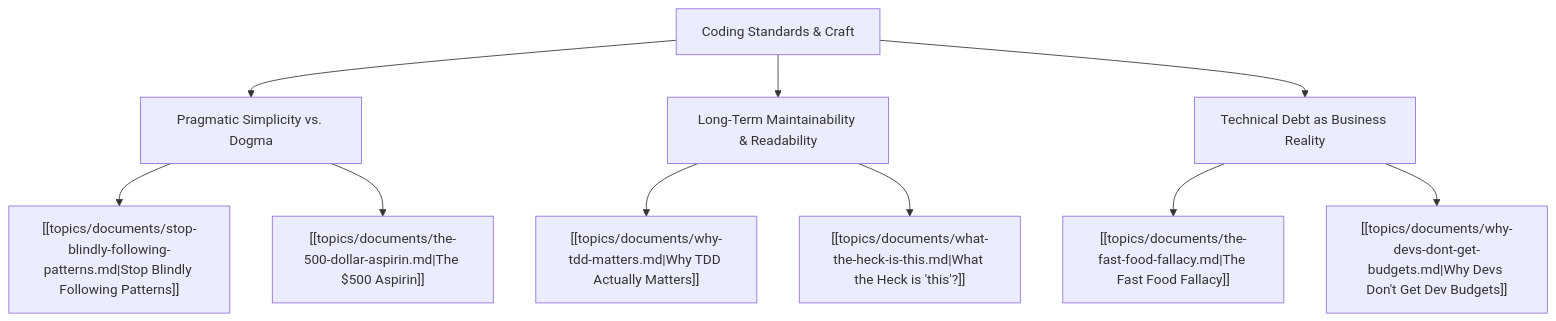
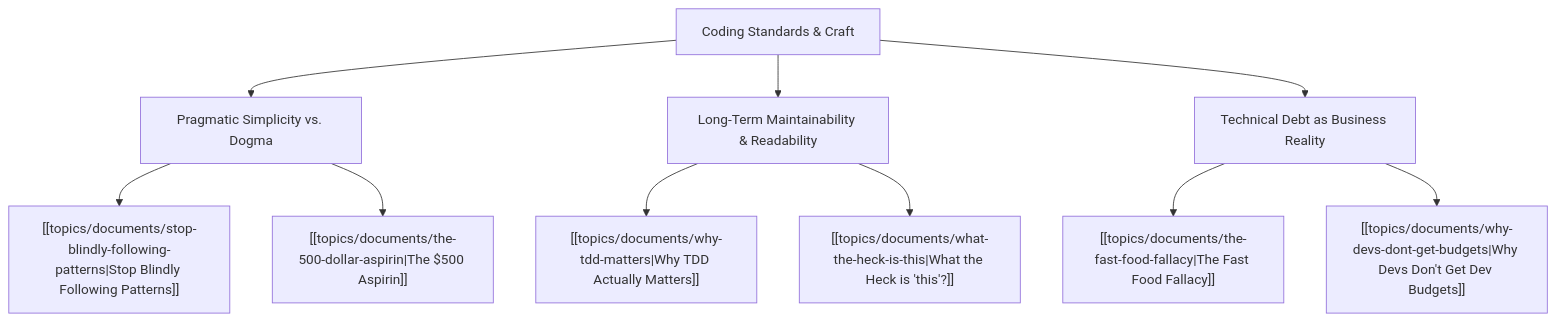
The diagram in topics/themes/coding-standards.md (cstroliadavis/social-media-ideas), drawn with Mermaid before and after one commit. The commit also changed other lines of this file and 25 other files, not shown here.

````diff
--- a/topics/themes/coding-standards.md
+++ b/topics/themes/coding-standards.md
@@ -12,15 +22,15 @@
 ```mermaid
 graph TD
     STANDARDS["Coding Standards & Craft"]
     
     STANDARDS --> SIMPLICITY["Pragmatic Simplicity vs. Dogma"]
     STANDARDS --> MAINTAIN["Long-Term Maintainability & Readability"]
     STANDARDS --> DEBT["Technical Debt as Business Reality"]
     
-    SIMPLICITY --> D1["[[topics/documents/stop-blindly-following-patterns.md|Stop Blindly Following Patterns]]"]
-    SIMPLICITY --> D2["[[topics/documents/the-500-dollar-aspirin.md|The $500 Aspirin]]"]
-    MAINTAIN --> D3["[[topics/documents/why-tdd-matters.md|Why TDD Actually Matters]]"]
-    MAINTAIN --> D4["[[topics/documents/what-the-heck-is-this.md|What the Heck is 'this'?]]"]
-    DEBT --> D5["[[topics/documents/the-fast-food-fallacy.md|The Fast Food Fallacy]]"]
-    DEBT --> D6["[[topics/documents/why-devs-dont-get-budgets.md|Why Devs Don't Get Dev Budgets]]"]
+    SIMPLICITY --> D1["[[topics/documents/stop-blindly-following-patterns|Stop Blindly Following Patterns]]"]
+    SIMPLICITY --> D2["[[topics/documents/the-500-dollar-aspirin|The $500 Aspirin]]"]
+    MAINTAIN --> D3["[[topics/documents/why-tdd-matters|Why TDD Actually Matters]]"]
+    MAINTAIN --> D4["[[topics/documents/what-the-heck-is-this|What the Heck is 'this'?]]"]
+    DEBT --> D5["[[topics/documents/the-fast-food-fallacy|The Fast Food Fallacy]]"]
+    DEBT --> D6["[[topics/documents/why-devs-dont-get-budgets|Why Devs Don't Get Dev Budgets]]"]
 ```
````
